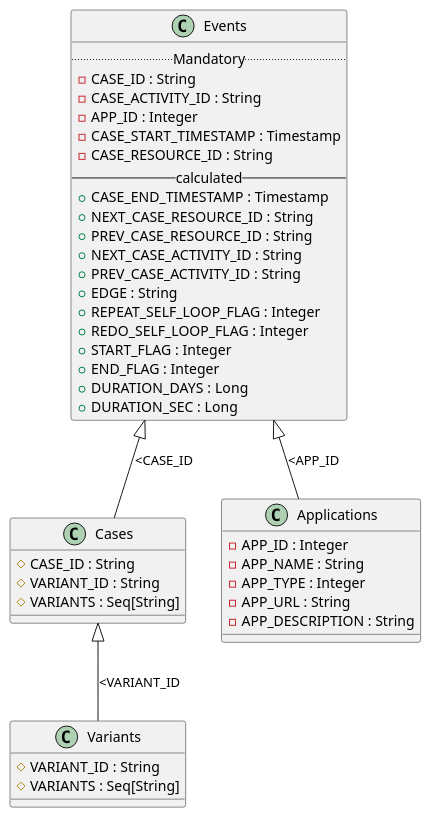
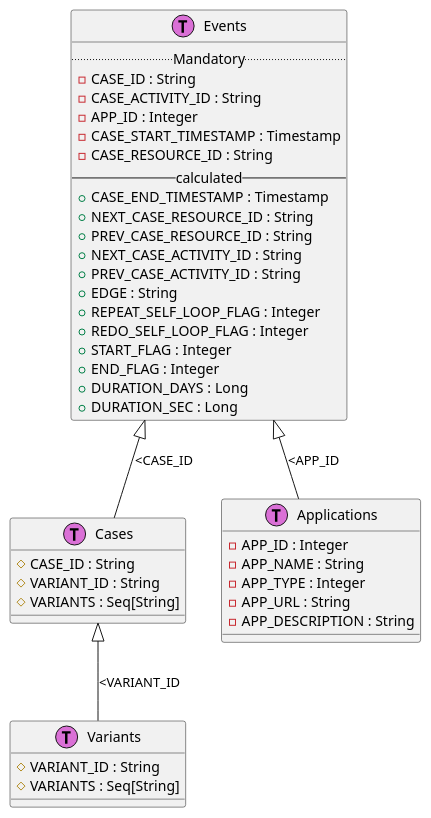
One commit to fcenedes/flows changed the diagram in flow.md. Above: the diagram before and after it, drawn with PlantUML.

```diff
--- a/flow.md
+++ b/flow.md
@@ -20,49 +20,49 @@
 @startuml
 
-class Events {
+class Events << (T,orchid) >> {
    .. Mandatory ..
    -CASE_ID : String
    -CASE_ACTIVITY_ID : String
    -APP_ID : Integer
    -CASE_START_TIMESTAMP : Timestamp
    -CASE_RESOURCE_ID : String
    -- calculated --
    +CASE_END_TIMESTAMP : Timestamp
    +NEXT_CASE_RESOURCE_ID : String
    +PREV_CASE_RESOURCE_ID : String
    +NEXT_CASE_ACTIVITY_ID : String
    +PREV_CASE_ACTIVITY_ID : String
    +EDGE : String
    +REPEAT_SELF_LOOP_FLAG : Integer
    +REDO_SELF_LOOP_FLAG : Integer
    +START_FLAG : Integer
    +END_FLAG : Integer
    +DURATION_DAYS : Long
    +DURATION_SEC : Long  
 }
 
-class Cases {
+class Cases << (T,orchid) >> {
   #CASE_ID : String
   #VARIANT_ID : String
   #VARIANTS : Seq[String]
 }
 
-class Variants {
+class Variants << (T,orchid) >> {
    #VARIANT_ID : String
    #VARIANTS : Seq[String]
 }
 
-class Applications {
+class Applications << (T,orchid) >> {
    -APP_ID : Integer
    -APP_NAME : String
    -APP_TYPE : Integer
    -APP_URL : String
    -APP_DESCRIPTION : String
 }
 
 
 Events <|-- Cases : <CASE_ID
 Cases <|-- Variants : <VARIANT_ID
 Events <|-- Applications : <APP_ID
 
 @enduml
```
